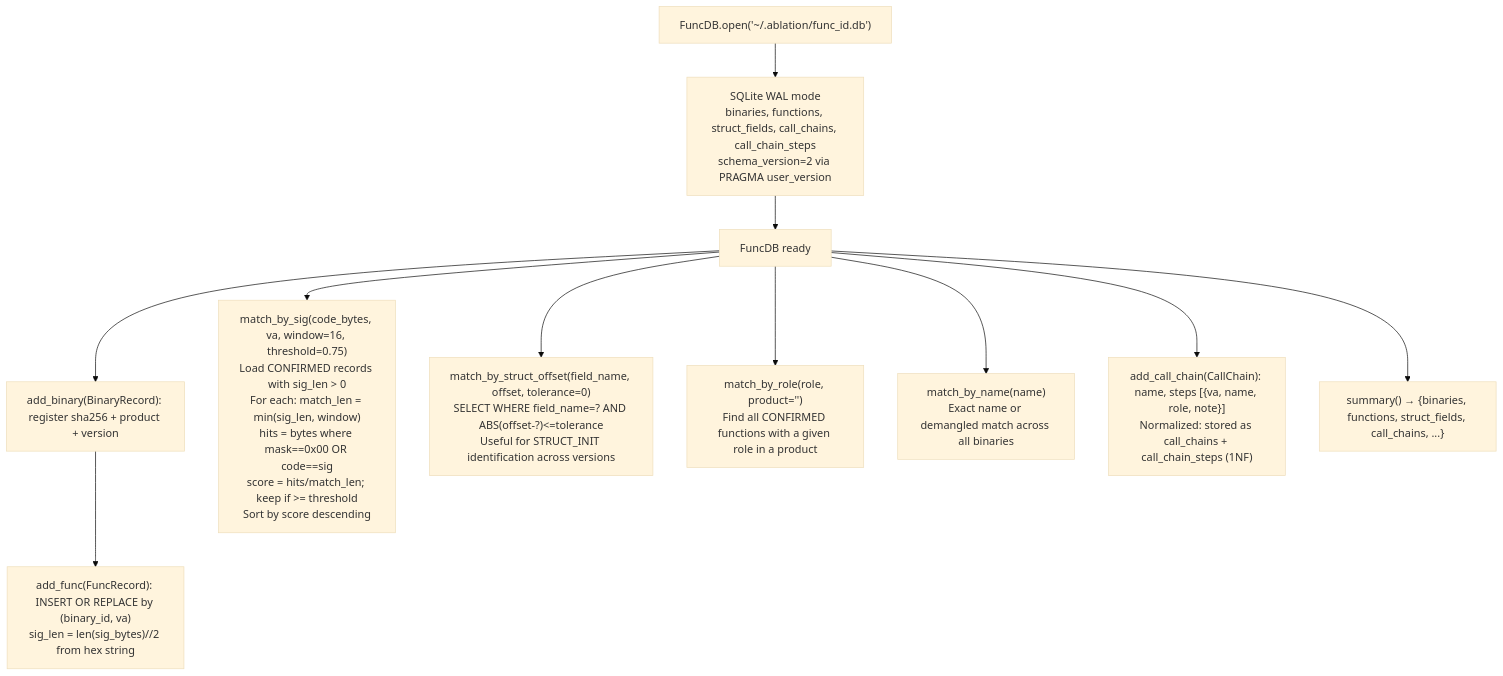
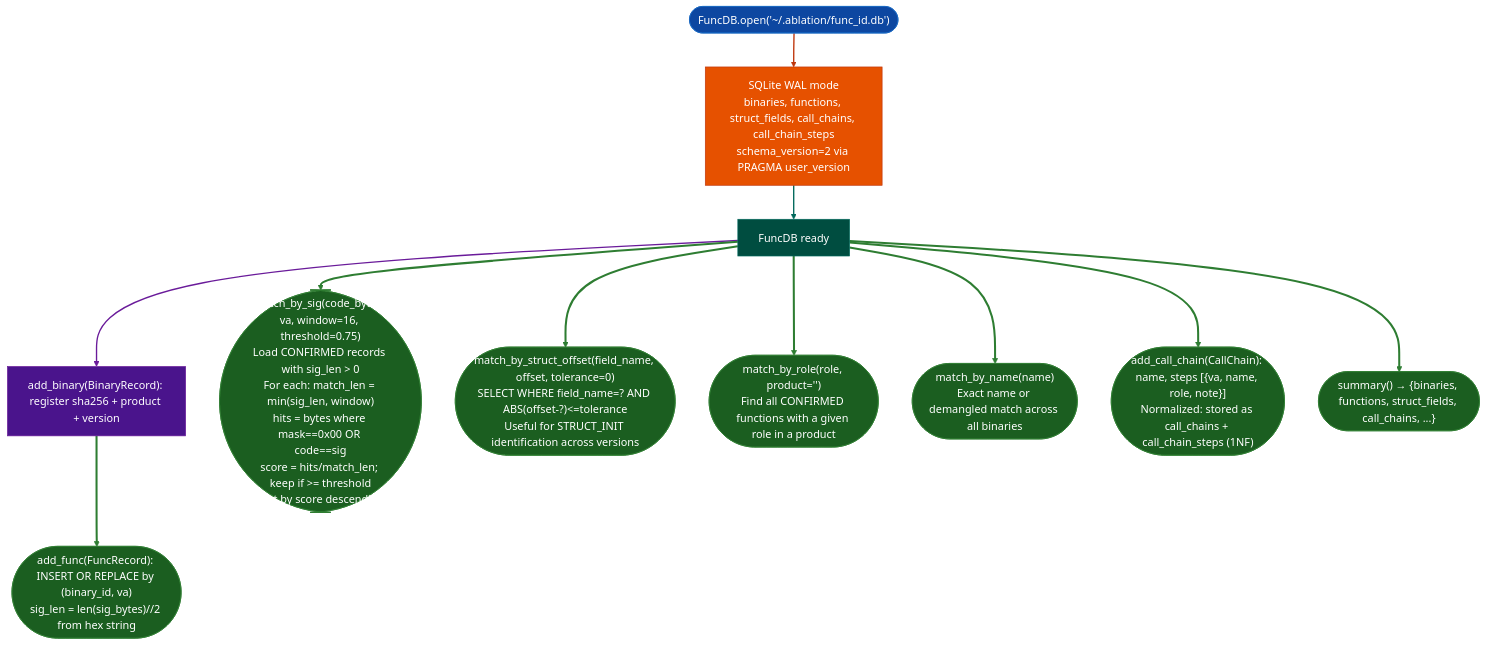
The first of 2 diagrams in docs/reference-modules/signature-based-auto-naming.md (Ablation-Tool/ablation), drawn with Mermaid (base theme) before and after one commit. The commit also changed other lines of this file and 320 other files, not shown here.

First line of the commit message:
docs: apply canonical Mermaid template to all 321 diagrams

````diff
--- a/docs/reference-modules/signature-based-auto-naming.md
+++ b/docs/reference-modules/signature-based-auto-naming.md
@@ -23,13 +23,29 @@
 ```mermaid
 flowchart TD
-    A["FuncDB.open('~/.ablation/func_id.db')"] --> B["SQLite WAL mode\nbinaries, functions, struct_fields, call_chains, call_chain_steps\nschema_version=2 via PRAGMA user_version"]
-    B --> C[FuncDB ready]
-    C --> D["add_binary(BinaryRecord): register sha256 + product + version"]
-    D --> E["add_func(FuncRecord): INSERT OR REPLACE by (binary_id, va)\nsig_len = len(sig_bytes)//2 from hex string"]
-    C --> F["match_by_sig(code_bytes, va, window=16, threshold=0.75)\nLoad CONFIRMED records with sig_len > 0\nFor each: match_len = min(sig_len, window)\nhits = bytes where mask==0x00 OR code==sig\nscore = hits/match_len; keep if >= threshold\nSort by score descending"]
-    C --> G["match_by_struct_offset(field_name, offset, tolerance=0)\nSELECT WHERE field_name=? AND ABS(offset-?)<=tolerance\nUseful for STRUCT_INIT identification across versions"]
-    C --> H["match_by_role(role, product='')\nFind all CONFIRMED functions with a given role in a product"]
-    C --> I["match_by_name(name)\nExact name or demangled match across all binaries"]
-    C --> J["add_call_chain(CallChain): name, steps [{va, name, role, note}]\nNormalized: stored as call_chains + call_chain_steps (1NF)"]
-    C --> K["summary() → {binaries, functions, struct_fields, call_chains, ...}"]
+    A(["FuncDB.open('~/.ablation/func_id.db')"]):::input --> B["SQLite WAL mode\nbinaries, functions, struct_fields, call_chains, call_chain_steps\nschema_version=2 via PRAGMA user_version"]:::primary
+    B:::primary --> C["FuncDB ready"]:::secondary
+    C:::secondary --> D["add_binary(BinaryRecord): register sha256 + product + version"]:::tertiary
+    D:::tertiary --> E(["add_func(FuncRecord): INSERT OR REPLACE by (binary_id, va)\nsig_len = len(sig_bytes)//2 from hex string"]):::output
+    C:::secondary --> F(["match_by_sig(code_bytes, va, window=16, threshold=0.75)\nLoad CONFIRMED records with sig_len > 0\nFor each: match_len = min(sig_len, window)\nhits = bytes where mask==0x00 OR code==sig\nscore = hits/match_len; keep if >= threshold\nSort by score descending"]):::output
+    C:::secondary --> G(["match_by_struct_offset(field_name, offset, tolerance=0)\nSELECT WHERE field_name=? AND ABS(offset-?)<=tolerance\nUseful for STRUCT_INIT identification across versions"]):::output
+    C:::secondary --> H(["match_by_role(role, product='')\nFind all CONFIRMED functions with a given role in a product"]):::output
+    C:::secondary --> I(["match_by_name(name)\nExact name or demangled match across all binaries"]):::output
+    C:::secondary --> J(["add_call_chain(CallChain): name, steps [{va, name, role, note}]\nNormalized: stored as call_chains + call_chain_steps (1NF)"]):::output
+    C:::secondary --> K(["summary() → {binaries, functions, struct_fields, call_chains, ...}"]):::output
+    classDef input     fill:#0d47a1,stroke:#1565c0,color:#fff
+    classDef primary   fill:#e65100,stroke:#bf360c,color:#fff
+    classDef secondary fill:#004d40,stroke:#00695c,color:#fff
+    classDef tertiary  fill:#4a148c,stroke:#6a1b9a,color:#fff
+    classDef neutral   fill:#37474f,stroke:#546e7a,color:#fff
+    classDef output    fill:#1b5e20,stroke:#2e7d32,color:#fff
+    linkStyle 0 stroke:#bf360c,stroke-width:2px
+    linkStyle 1 stroke:#00695c,stroke-width:2px
+    linkStyle 2 stroke:#6a1b9a,stroke-width:2px
+    linkStyle 3 stroke:#2e7d32,stroke-width:3px
+    linkStyle 4 stroke:#2e7d32,stroke-width:3px
+    linkStyle 5 stroke:#2e7d32,stroke-width:3px
+    linkStyle 6 stroke:#2e7d32,stroke-width:3px
+    linkStyle 7 stroke:#2e7d32,stroke-width:3px
+    linkStyle 8 stroke:#2e7d32,stroke-width:3px
+    linkStyle 9 stroke:#2e7d32,stroke-width:3px
 ```
````
